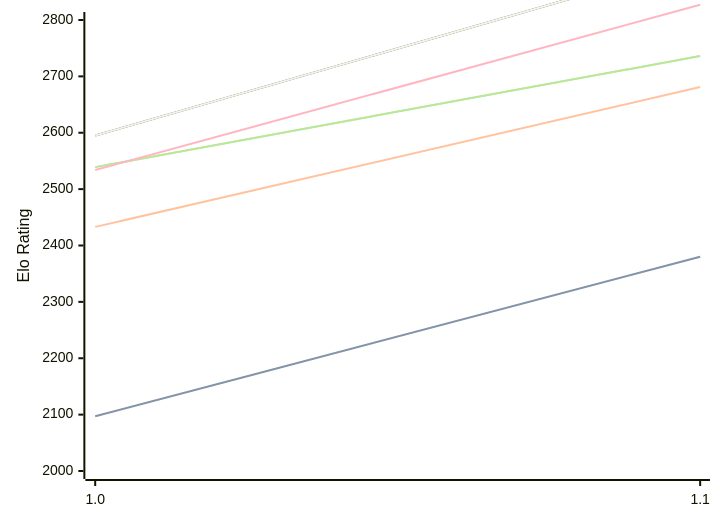
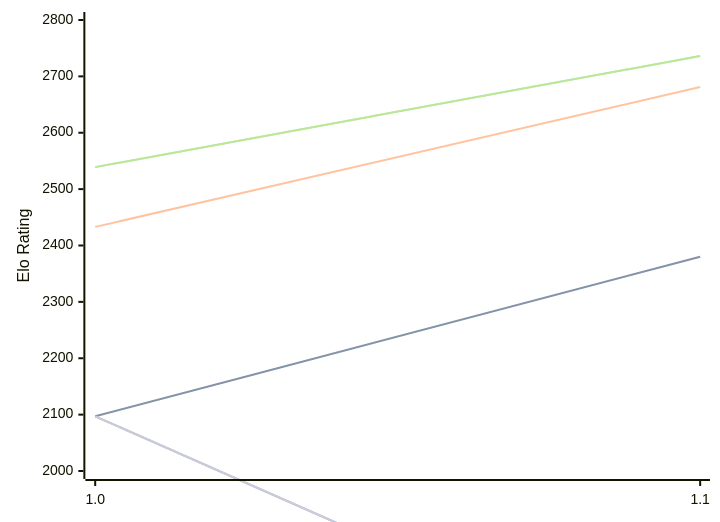
One commit to computer-chess-index/cci changed the diagram in engines/Erinn.md. Above: the diagram before and after it, drawn with Mermaid. The commit also changed other lines of this file, not shown here.

Commit message:
Update CCI Ratings (ELO VLTC) - 2026-10-11

````diff
--- a/engines/Erinn.md
+++ b/engines/Erinn.md
@@ -49,16 +50,13 @@
 ```mermaid
 %%{init: {"theme":"base","themeVariables":{"seriesColors:['#a3a3a3','#222221','#faa371']}}}%%
 xychart-beta
   x-axis ["1.0", "1.1"]
   y-axis "Elo Rating" 2000 --> 2800
   line "" [2097, 2380]
   line "T1: STC (8.0+0.08s)" [2097, 2380]
   line "T1: LTC (60.0+0.60s)" [2433, 2681]
   line "" [2539, 2736]
   line "T1: VLTC (2m24s+1.12s)" [2539, 2736]
-  line "" [1636, 1886]
-  line "E1: STC (8.0+0.08s)" [1636, 1886]
-  line "E1: LTC (60.0+0.60s)" [2534, 2827]
-  line "" [2595, 2904]
-  line "E1: VLTC (2m24s+1.12s)" [2595, 2904]
+  line "" [2097,1623, 1968, 1944]
+  line "E1: STC (8.0+0.08s)" [2097,1623, 1968, 1944]
 ```
````
